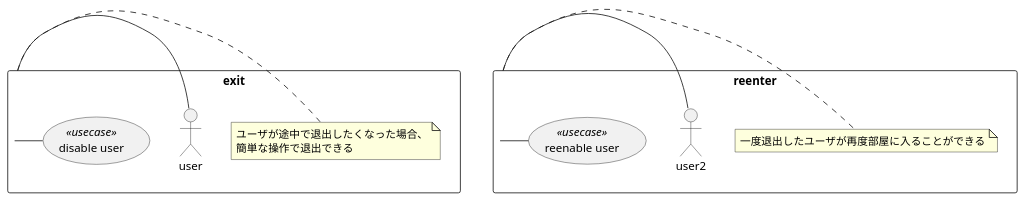
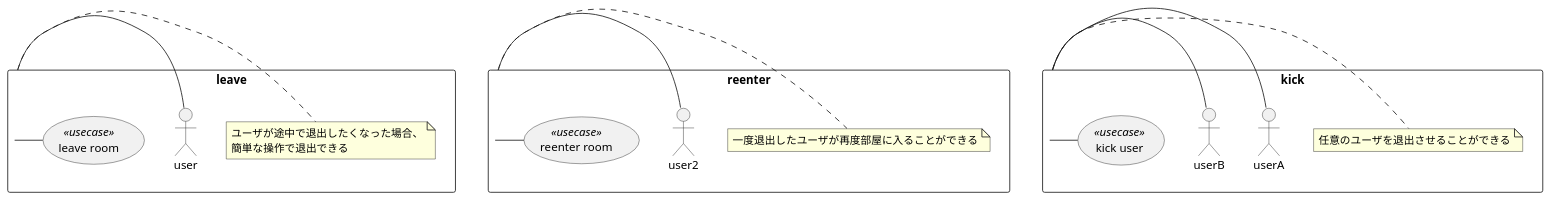
The diagram in doc/product/use_scene.puml (yuizho/salon), drawn with PlantUML before and after one commit. The commit also changed 3 other files, not shown here.

Commit message:
modify RDRA diagrams

```diff
--- a/doc/product/use_scene.puml
+++ b/doc/product/use_scene.puml
@@ -1,26 +1,40 @@
 @startuml
-rectangle exit {
+rectangle leave {
     :user:
-    user -- (exit)
+    user -- (leave)
 
-    note right of (exit)
+    note right of (leave)
     ユーザが途中で退出したくなった場合、
     簡単な操作で退出できる
     end note
 
-    (disable user)<<usecase>>
-    (exit)--(disable user)
+    (leave room)<<usecase>>
+    (leave)--(leave room)
 }
 
 rectangle reenter {
     :user2:
     user2 -- (reenter)
 
     note right of (reenter)
     一度退出したユーザが再度部屋に入ることができる
     end note
 
-    (reenable user)<<usecase>>
-    (reenter)--(reenable user)
+    (reenter room)<<usecase>>
+    (reenter)--(reenter room)
+}
+
+rectangle kick {
+    :userA:
+    userA-- (kick)
+    :userB:
+    userB--(kick)
+
+    note right of (kick)
+    任意のユーザを退出させることができる
+    end note
+
+    (kick user)<<usecase>>
+    (kick)--(kick user)
 }
 @enduml
```
